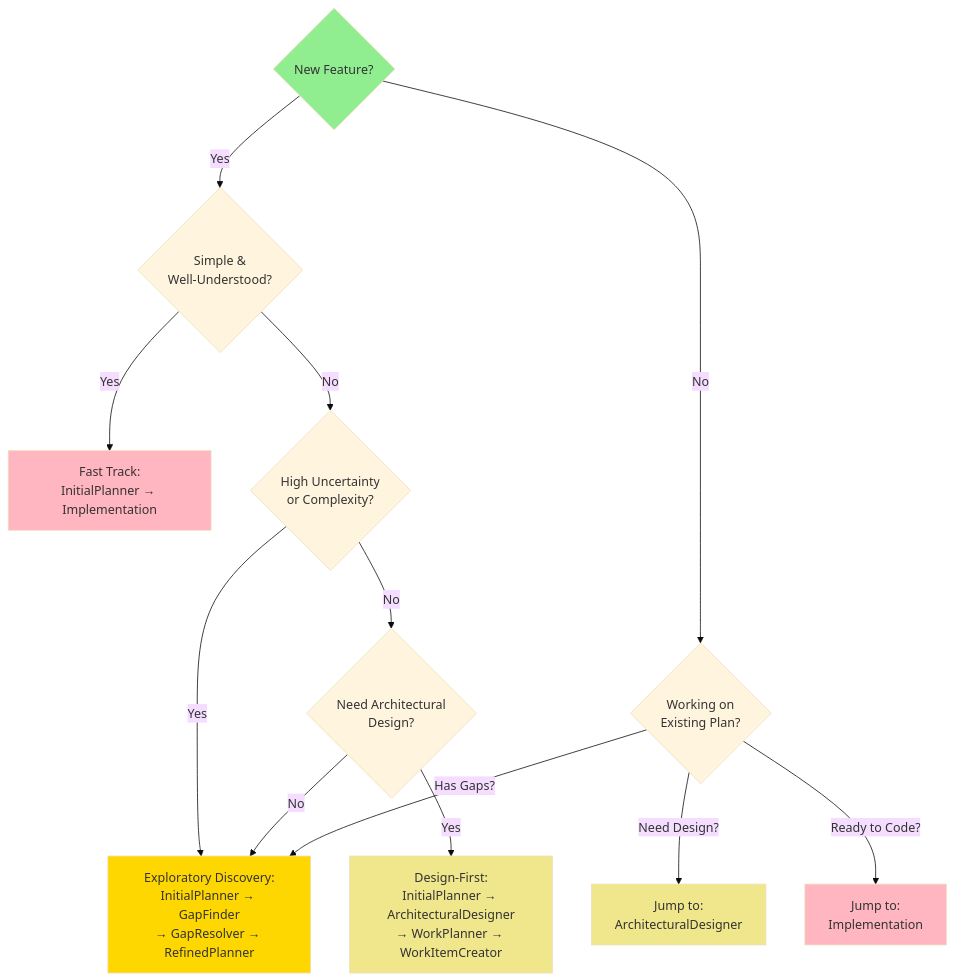
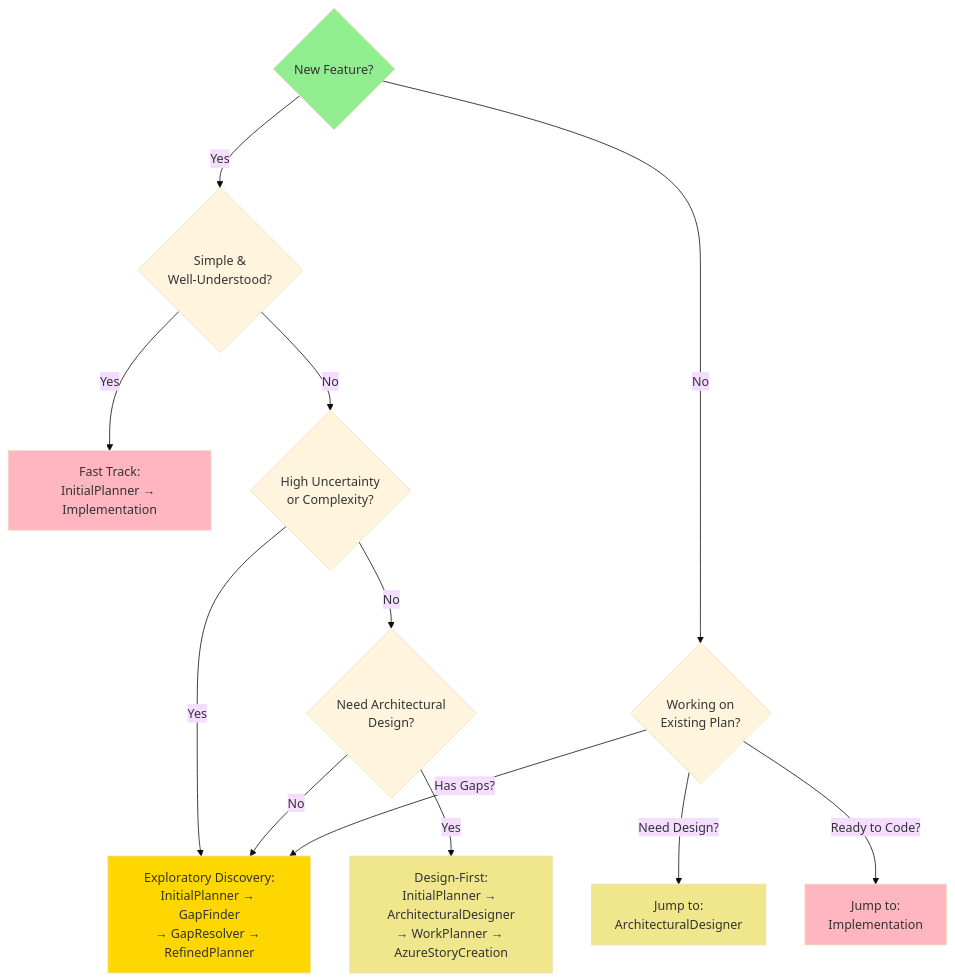
The second of 2 diagrams in feature-overviews/planning-pipeline/planning-pipeline-quick-reference.md (bhanford9/vs-code-copilot-tools), drawn with Mermaid (base theme) before and after one commit. The commit also changed other lines of this file and 13 other files, not shown here.

````diff
--- a/feature-overviews/planning-pipeline/planning-pipeline-quick-reference.md
+++ b/feature-overviews/planning-pipeline/planning-pipeline-quick-reference.md
@@ -75,27 +75,27 @@
 ```mermaid
 graph TD
     Start{New Feature?}
     
     Start -->|Yes| Simple{Simple &<br/>Well-Understood?}
     Start -->|No| Existing{Working on<br/>Existing Plan?}
     
     Simple -->|Yes| FastTrack[Fast Track:<br/>InitialPlanner → Implementation]
     Simple -->|No| Complex{High Uncertainty<br/>or Complexity?}
     
     Complex -->|Yes| Discovery[Exploratory Discovery:<br/>InitialPlanner → GapFinder<br/>→ GapResolver → RefinedPlanner]
     Complex -->|No| DesignNeeded{Need Architectural<br/>Design?}
     
-    DesignNeeded -->|Yes| DesignFirst[Design-First:<br/>InitialPlanner → ArchitecturalDesigner<br/>→ WorkPlanner → WorkItemCreator]
+    DesignNeeded -->|Yes| DesignFirst[Design-First:<br/>InitialPlanner → ArchitecturalDesigner<br/>→ WorkPlanner → AzureStoryCreation]
     DesignNeeded -->|No| Discovery
     
     Existing -->|Has Gaps?| Discovery
     Existing -->|Need Design?| UseAD[Jump to:<br/>ArchitecturalDesigner]
     Existing -->|Ready to Code?| UseImpl[Jump to:<br/>Implementation]
     
     style Start fill:#90EE90
     style FastTrack fill:#FFB6C1
     style Discovery fill:#FFD700
     style DesignFirst fill:#F0E68C
     style UseAD fill:#F0E68C
     style UseImpl fill:#FFB6C1
 ```
````
